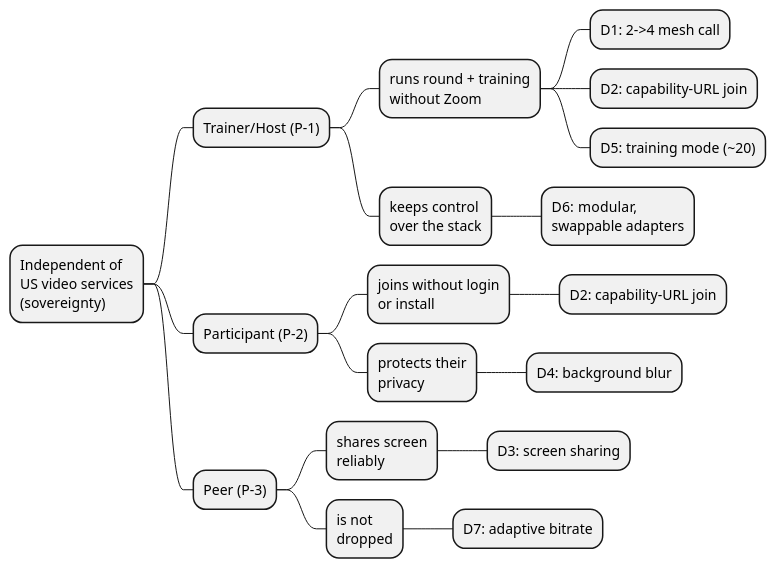
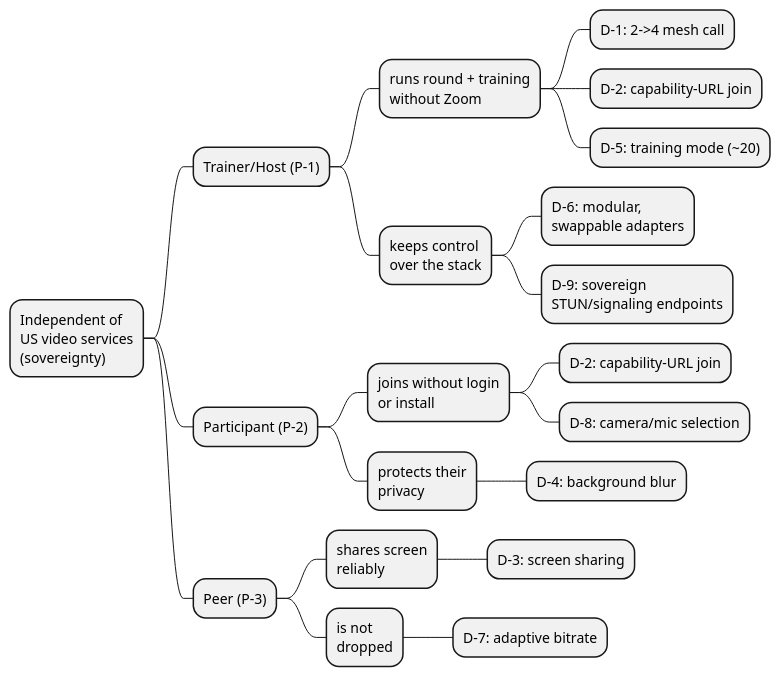
One commit to raifdmueller/ultrathink.call changed the diagram in src/docs/prd.adoc. Above: the diagram before and after it, drawn with PlantUML. The commit also changed other lines of this file, not shown here.

```diff
--- a/src/docs/prd.adoc
+++ b/src/docs/prd.adoc
@@ -83,23 +92,25 @@
 [plantuml,impact-map,svg]
 ----
 @startmindmap
 * Independent of\nUS video services\n(sovereignty)
 ** Trainer/Host (P-1)
 *** runs round + training\nwithout Zoom
-**** D1: 2->4 mesh call
-**** D2: capability-URL join
-**** D5: training mode (~20)
+**** D-1: 2->4 mesh call
+**** D-2: capability-URL join
+**** D-5: training mode (~20)
 *** keeps control\nover the stack
-**** D6: modular,\nswappable adapters
+**** D-6: modular,\nswappable adapters
+**** D-9: sovereign\nSTUN/signaling endpoints
 ** Participant (P-2)
 *** joins without login\nor install
-**** D2: capability-URL join
+**** D-2: capability-URL join
+**** D-8: camera/mic selection
 *** protects their\nprivacy
-**** D4: background blur
+**** D-4: background blur
 ** Peer (P-3)
 *** shares screen\nreliably
-**** D3: screen sharing
+**** D-3: screen sharing
 *** is not\ndropped
-**** D7: adaptive bitrate
+**** D-7: adaptive bitrate
 @endmindmap
 ----
```
